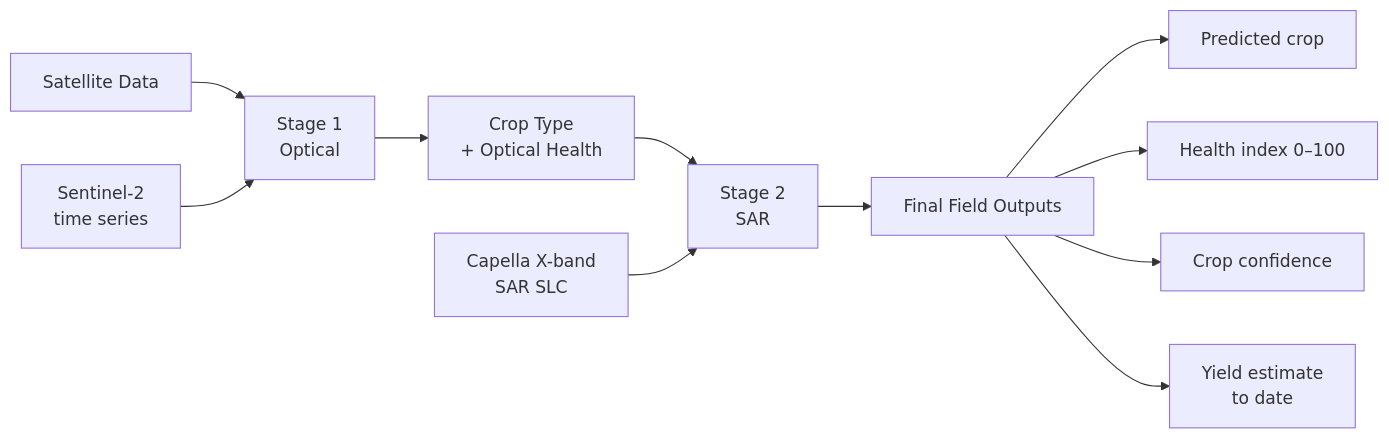
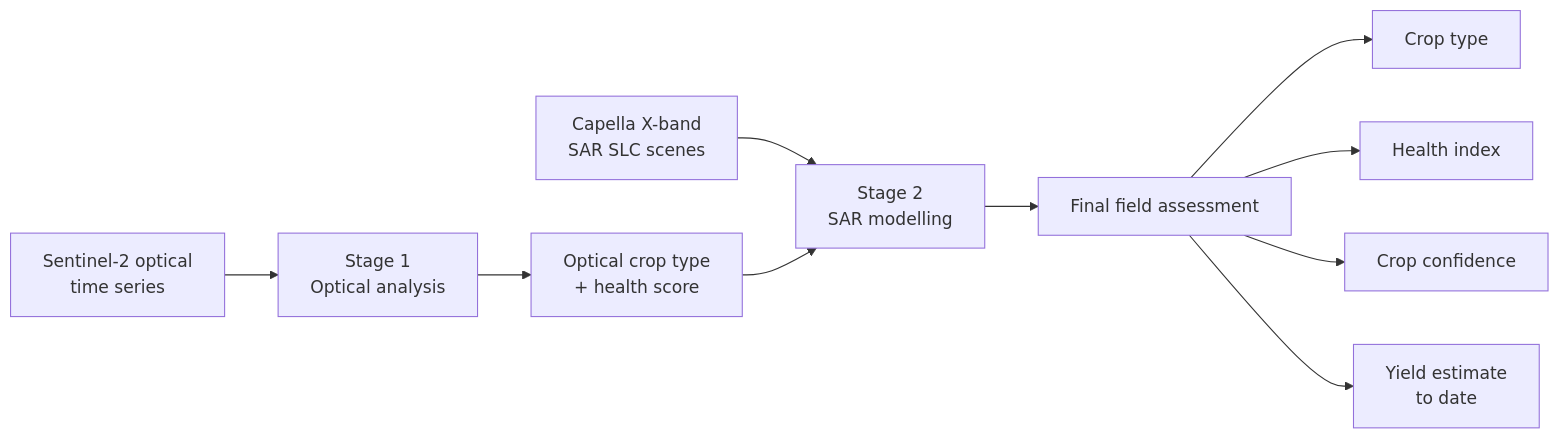
The first of 3 diagrams in README.md (AbhayKale332/AISE-2.0), drawn with Mermaid before and after one commit. The commit also changed other lines of this file, not shown here.

````diff
--- a/README.md
+++ b/README.md
@@ -80,15 +37,12 @@
 ```mermaid
 flowchart LR
-    A["Satellite Data"] --> B["Stage 1<br/>Optical"]
-    B --> C["Crop Type<br/>+ Optical Health"]
-    C --> D["Stage 2<br/>SAR"]
-    D --> E["Final Field Outputs"]
-
-    A1["Sentinel-2<br/>time series"] --> B
-    A2["Capella X-band<br/>SAR SLC"] --> D
-
-    E --> E1["Predicted crop"]
-    E --> E2["Health index 0–100"]
-    E --> E3["Crop confidence"]
-    E --> E4["Yield estimate<br/>to date"]
+    A["Sentinel-2 optical<br/>time series"] --> B["Stage 1<br/>Optical analysis"]
+    C["Capella X-band<br/>SAR SLC scenes"] --> D["Stage 2<br/>SAR modelling"]
+    B --> E["Optical crop type<br/>+ health score"]
+    E --> D
+    D --> F["Final field assessment"]
+    F --> F1["Crop type"]
+    F --> F2["Health index"]
+    F --> F3["Crop confidence"]
+    F --> F4["Yield estimate<br/>to date"]
 ```
````
